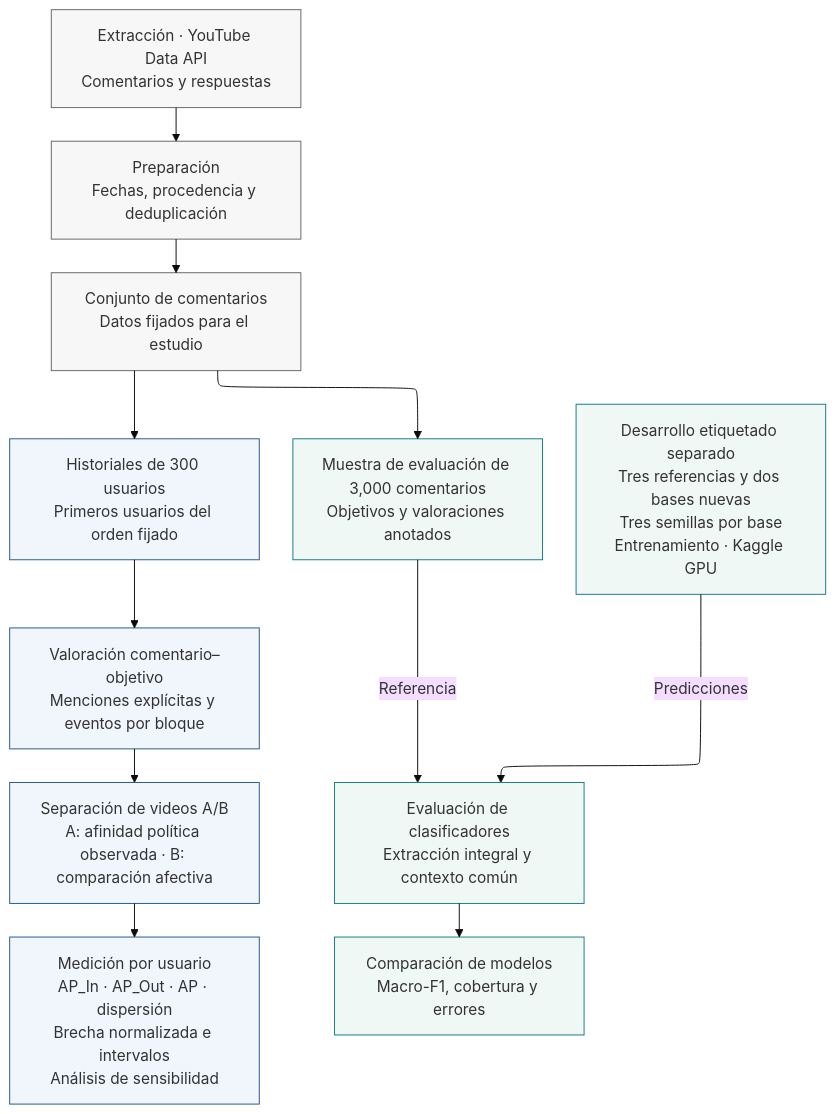
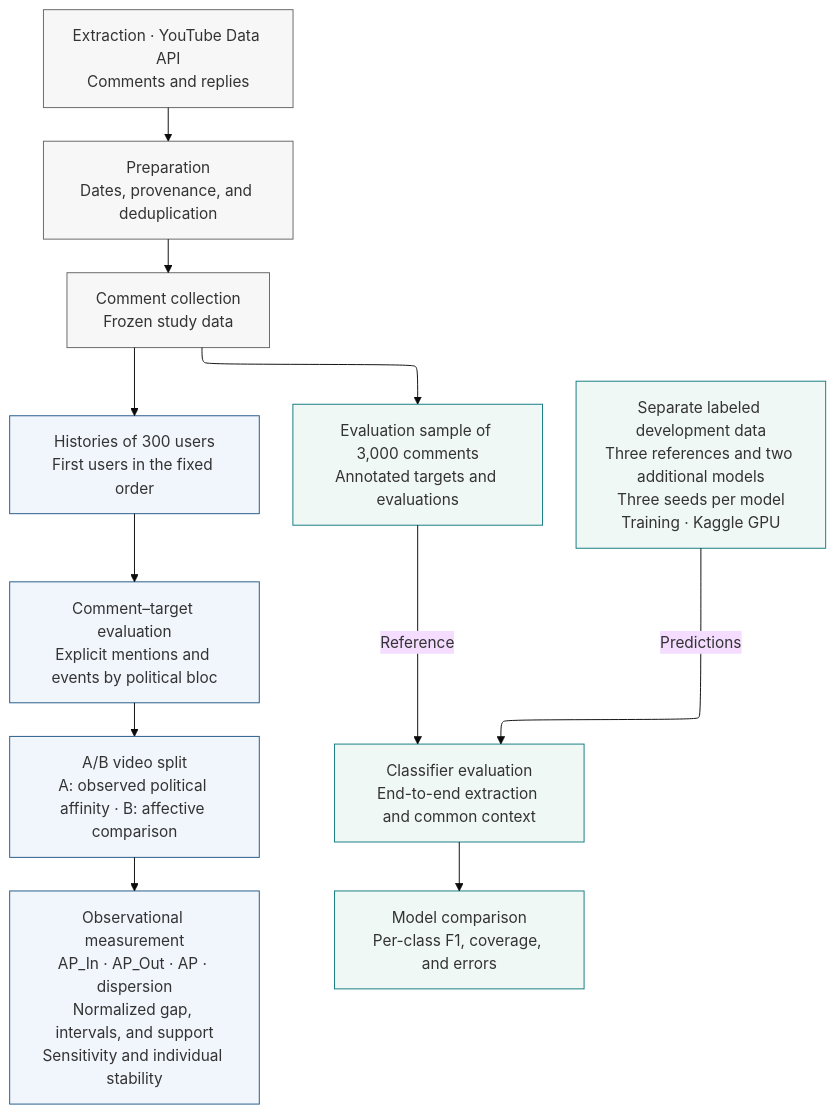
Before and after one commit to ElQuesoHelado/SA_Polarization: the diagram in docs/pipeline_actual.mmd, drawn with Mermaid. The commit also changed 57 other files, not shown here.

```diff
--- a/docs/pipeline_actual.mmd
+++ b/docs/pipeline_actual.mmd
@@ -1,22 +1,22 @@
 ---
 config:
   layout: elk
   theme: base
 ---
 flowchart TB
-    A["Extracción · YouTube Data API<br>Comentarios y respuestas"] --> B["Preparación<br>Fechas, procedencia y deduplicación"]
-    B --> C["Conjunto de comentarios<br>Datos fijados para el estudio"]
-    C --> H["Historiales de 300 usuarios<br>Primeros usuarios del orden fijado"]
-    C --> K["Muestra de evaluación de 3,000 comentarios<br>Objetivos y valoraciones anotados"]
-    H --> T["Valoración comentario–objetivo<br>Menciones explícitas y eventos por bloque"]
-    T --> AB["Separación de videos A/B<br>A: afinidad política observada · B: comparación afectiva"]
-    AB --> M["Medición por usuario<br>AP_In · AP_Out · AP · dispersión<br>Brecha normalizada e intervalos<br>Análisis de sensibilidad"]
-    D["Desarrollo etiquetado separado<br>Tres referencias y dos bases nuevas<br>Tres semillas por base<br>Entrenamiento · Kaggle GPU"] -->|Predicciones| E["Evaluación de clasificadores<br>Extracción integral y contexto común"]
-    K -->|Referencia| E
-    E --> R["Comparación de modelos<br>Macro-F1, cobertura y errores"]
+    A["Extraction · YouTube Data API<br>Comments and replies"] --> B["Preparation<br>Dates, provenance, and deduplication"]
+    B --> C["Comment collection<br>Frozen study data"]
+    C --> H["Histories of 300 users<br>First users in the fixed order"]
+    C --> K["Evaluation sample of 3,000 comments<br>Annotated targets and evaluations"]
+    H --> T["Comment–target evaluation<br>Explicit mentions and events by political bloc"]
+    T --> AB["A/B video split<br>A: observed political affinity · B: affective comparison"]
+    AB --> M["Observational measurement<br>AP_In · AP_Out · AP · dispersion<br>Normalized gap, intervals, and support<br>Sensitivity and individual stability"]
+    D["Separate labeled development data<br>Three references and two additional models<br>Three seeds per model<br>Training · Kaggle GPU"] -->|Predictions| E["Classifier evaluation<br>End-to-end extraction and common context"]
+    K -->|Reference| E
+    E --> R["Model comparison<br>Per-class F1, coverage, and errors"]
     classDef shared fill:#f7f7f7,stroke:#666
     classDef measurement fill:#f1f6fc,stroke:#235987
     classDef models fill:#f0f8f6,stroke:#137b80
     class A,B,C shared
     class H,T,AB,M measurement
     class K,D,E,R models
```
